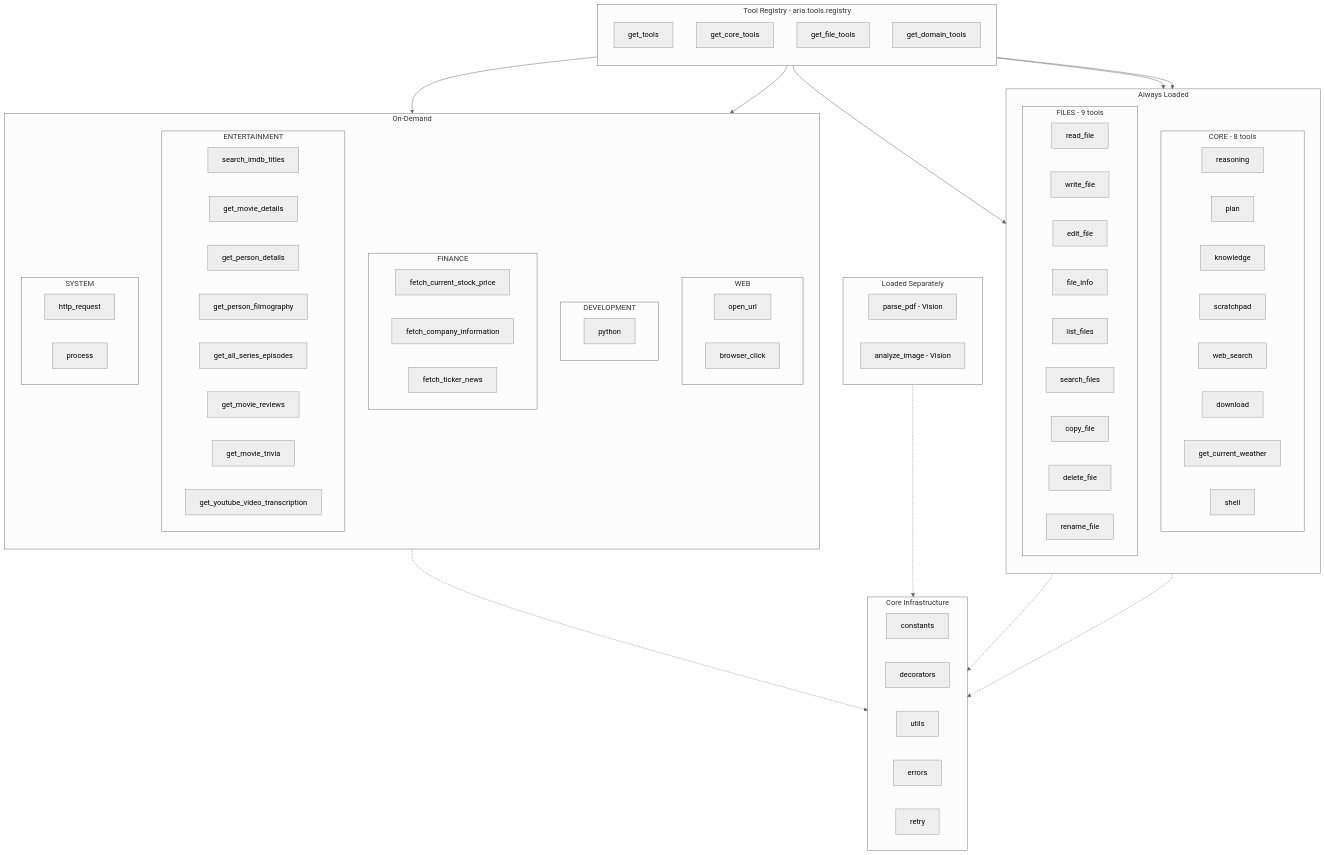
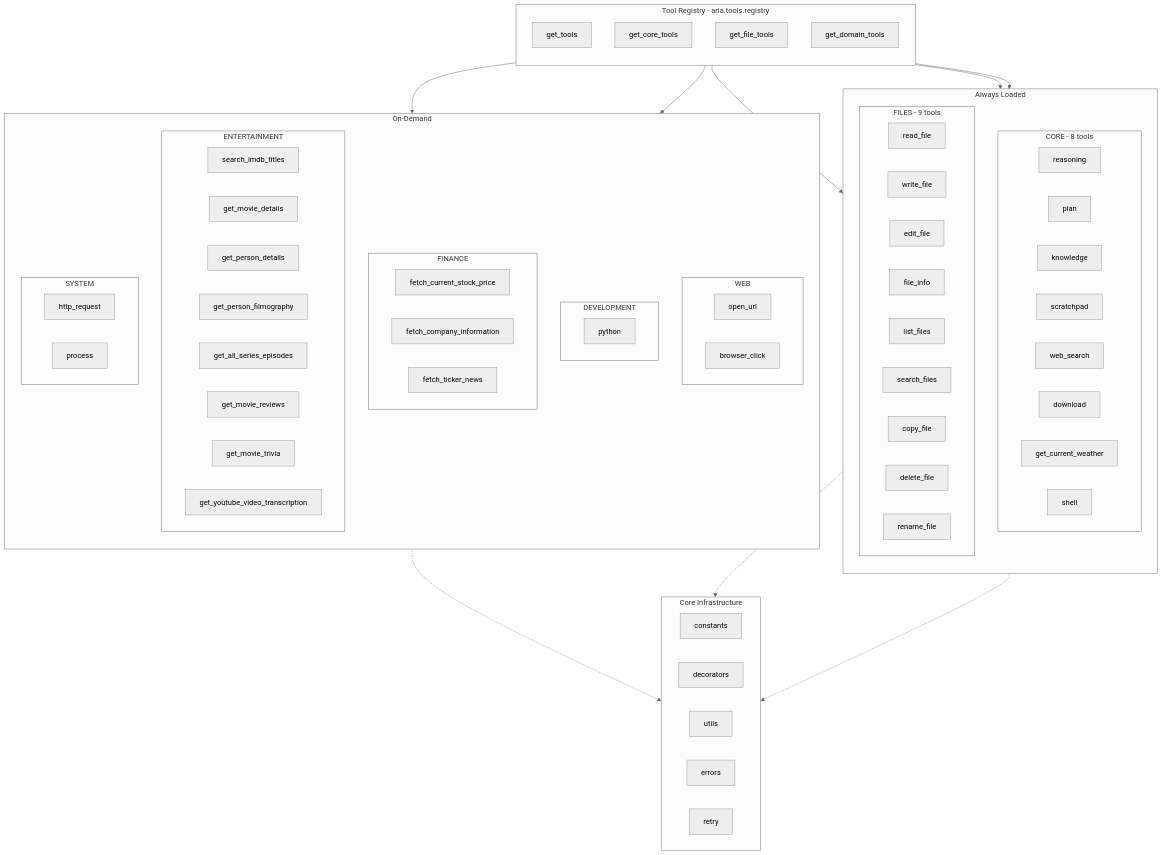
One commit to malvavisc0/aria changed the diagram in docs/tools-inventory.md. Above: the diagram before and after it, drawn with Mermaid (neutral theme). The commit also changed other lines of this file and 5 other files, not shown here.

````diff
--- a/docs/tools-inventory.md
+++ b/docs/tools-inventory.md
@@ -864,11 +802,6 @@
         end
     end
 
-    subgraph Sep[Loaded Separately]
-        parse_pdf_tool[parse_pdf - Vision]
-        analyze_image_tool[analyze_image - Vision]
-    end
-
     subgraph Infra[Core Infrastructure]
         constants
         decorators
@@ -886,5 +819,4 @@
     Core -.-> Infra
     FilesCat -.-> Infra
     OnDemand -.-> Infra
-    Sep -.-> Infra
 ```
````
